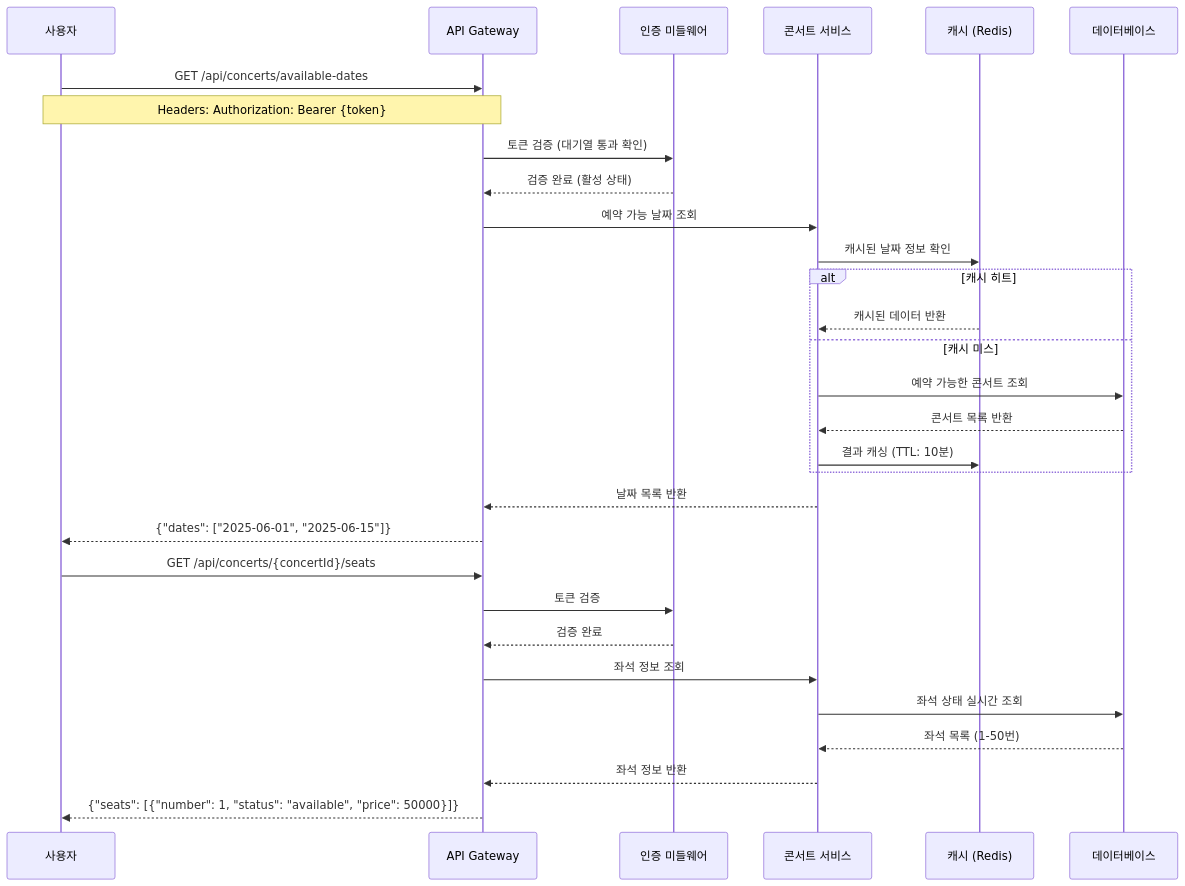
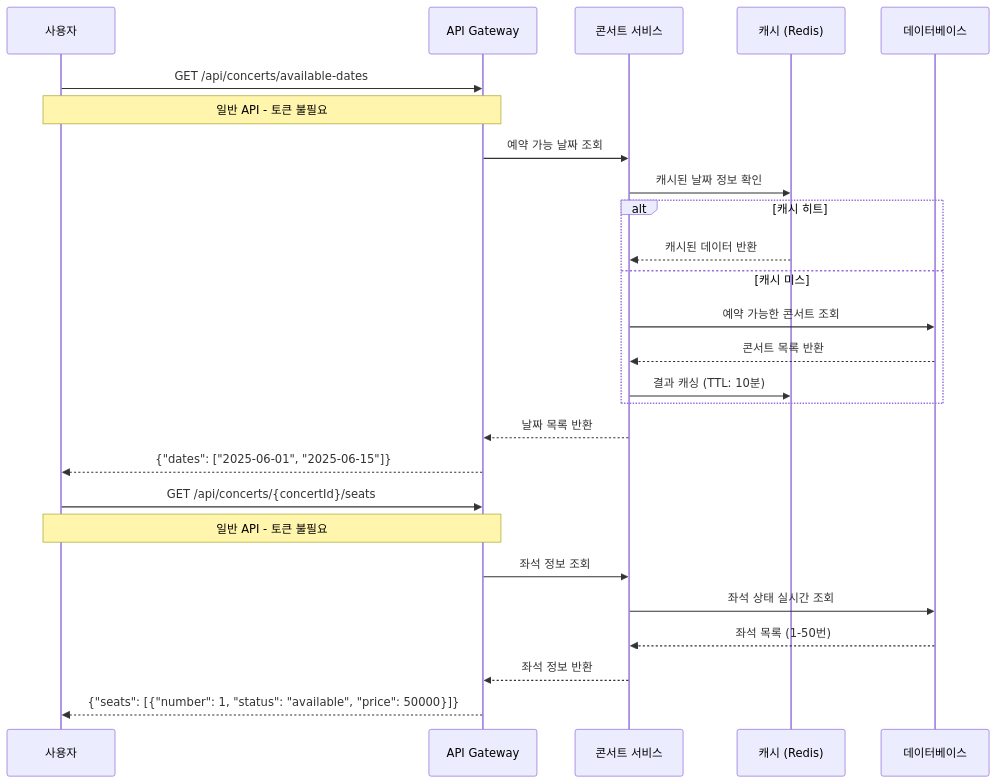
One commit to kubistar/server-java changed the third of 9 diagrams in docs/sequence-diagrams.md. Above: the diagram before and after it, drawn with Mermaid. The commit also changed other lines of this file, not shown here.

Commit message:
시쿼스 다이어그램 수정

````diff
--- a/docs/sequence-diagrams.md
+++ b/docs/sequence-diagrams.md
@@ -87,42 +100,37 @@
 ```mermaid
 sequenceDiagram
     participant User as 사용자
     participant API as API Gateway
-    participant Auth as 인증 미들웨어
     participant Concert as 콘서트 서비스
     participant Cache as 캐시 (Redis)
     participant DB as 데이터베이스
 
     %% 예약 가능 날짜 조회
     User->>API: GET /api/concerts/available-dates
-    Note over User,API: Headers: Authorization: Bearer {token}
-    
-    API->>Auth: 토큰 검증 (대기열 통과 확인)
-    Auth-->>API: 검증 완료 (활성 상태)
+    Note over User,API: 일반 API - 토큰 불필요
     
     API->>Concert: 예약 가능 날짜 조회
     Concert->>Cache: 캐시된 날짜 정보 확인
     
     alt 캐시 히트
         Cache-->>Concert: 캐시된 데이터 반환
     else 캐시 미스
         Concert->>DB: 예약 가능한 콘서트 조회
         DB-->>Concert: 콘서트 목록 반환
         Concert->>Cache: 결과 캐싱 (TTL: 10분)
     end
     
     Concert-->>API: 날짜 목록 반환
     API-->>User: {"dates": ["2025-06-01", "2025-06-15"]}
 
     %% 좌석 정보 조회
     User->>API: GET /api/concerts/{concertId}/seats
-    API->>Auth: 토큰 검증
-    Auth-->>API: 검증 완료
+    Note over User,API: 일반 API - 토큰 불필요
     
     API->>Concert: 좌석 정보 조회
     Concert->>DB: 좌석 상태 실시간 조회
     DB-->>Concert: 좌석 목록 (1-50번)
     
     Concert-->>API: 좌석 정보 반환
     API-->>User: {"seats": [{"number": 1, "status": "available", "price": 50000}]}
 ```
````
